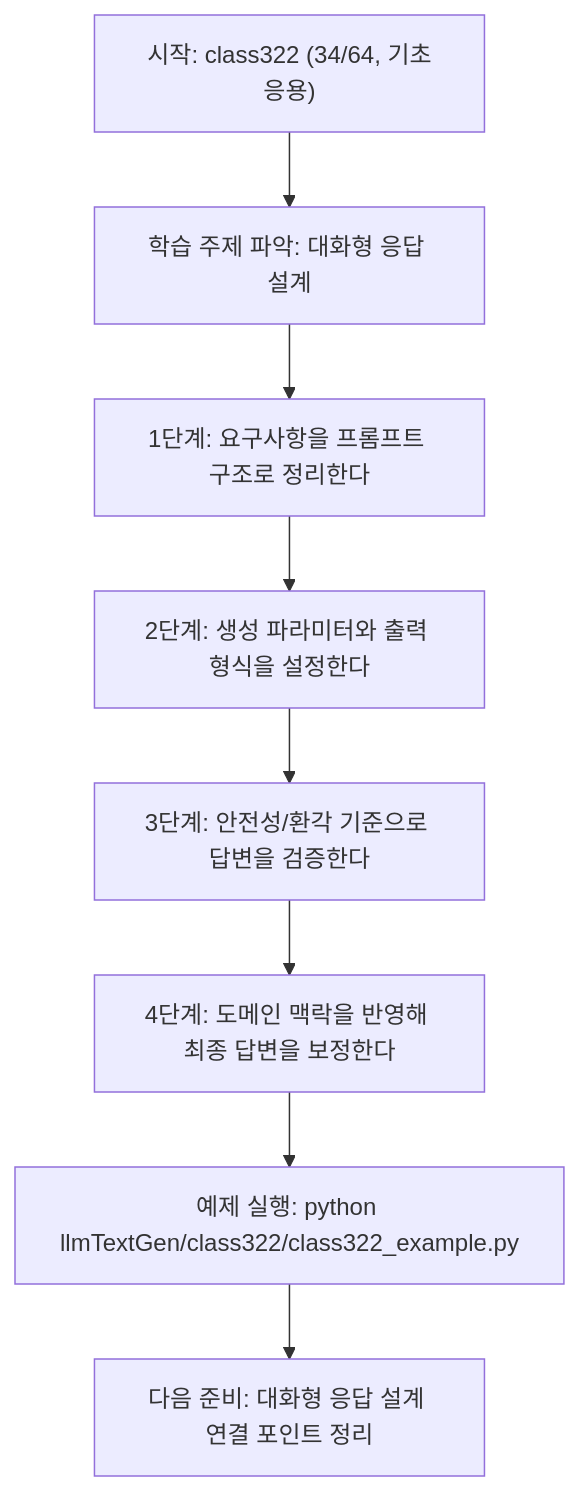
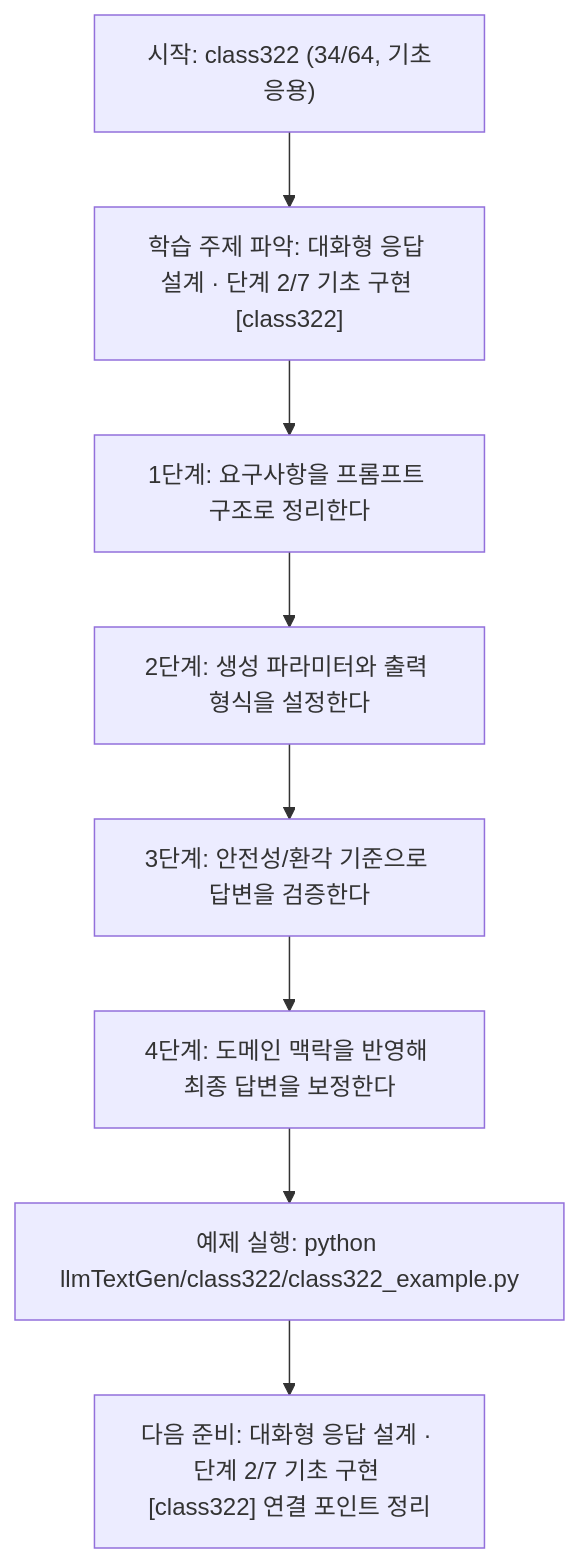
The diagram in llmTextGen/class322/class322.md (edumgt/Python-AI_Agent-Class), drawn with Mermaid before and after one commit. The commit also changed other lines of this file and 522 other files, not shown here.

````diff
--- a/llmTextGen/class322/class322.md
+++ b/llmTextGen/class322/class322.md
@@ -113,18 +114,18 @@
 ```mermaid
 flowchart TD
 N1["시작: class322 (34/64, 기초응용)"]
-N2["학습 주제 파악: 대화형 응답 설계"]
+N2["학습 주제 파악: 대화형 응답 설계 · 단계 2/7 기초 구현 [class322]"]
 N3["1단계: 요구사항을 프롬프트 구조로 정리한다"]
 N4["2단계: 생성 파라미터와 출력 형식을 설정한다"]
 N5["3단계: 안전성/환각 기준으로 답변을 검증한다"]
 N6["4단계: 도메인 맥락을 반영해 최종 답변을 보정한다"]
 N7["예제 실행: python llmTextGen/class322/class322_example.py"]
-N8["다음 준비: 대화형 응답 설계 연결 포인트 정리"]
+N8["다음 준비: 대화형 응답 설계 · 단계 2/7 기초 구현 [class322] 연결 포인트 정리"]
 N1 --> N2
 N2 --> N3
 N3 --> N4
 N4 --> N5
 N5 --> N6
 N6 --> N7
 N7 --> N8
 ```
````
